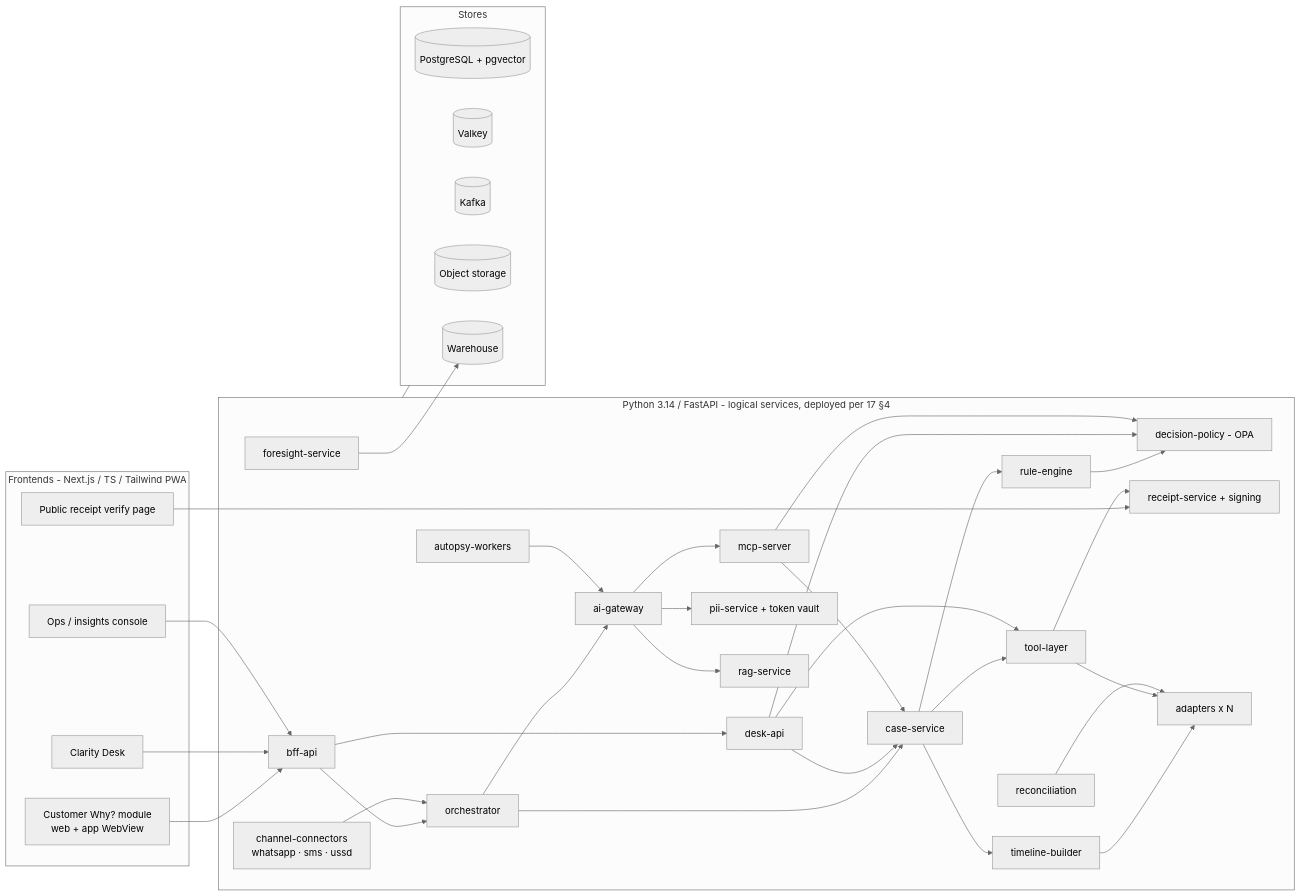
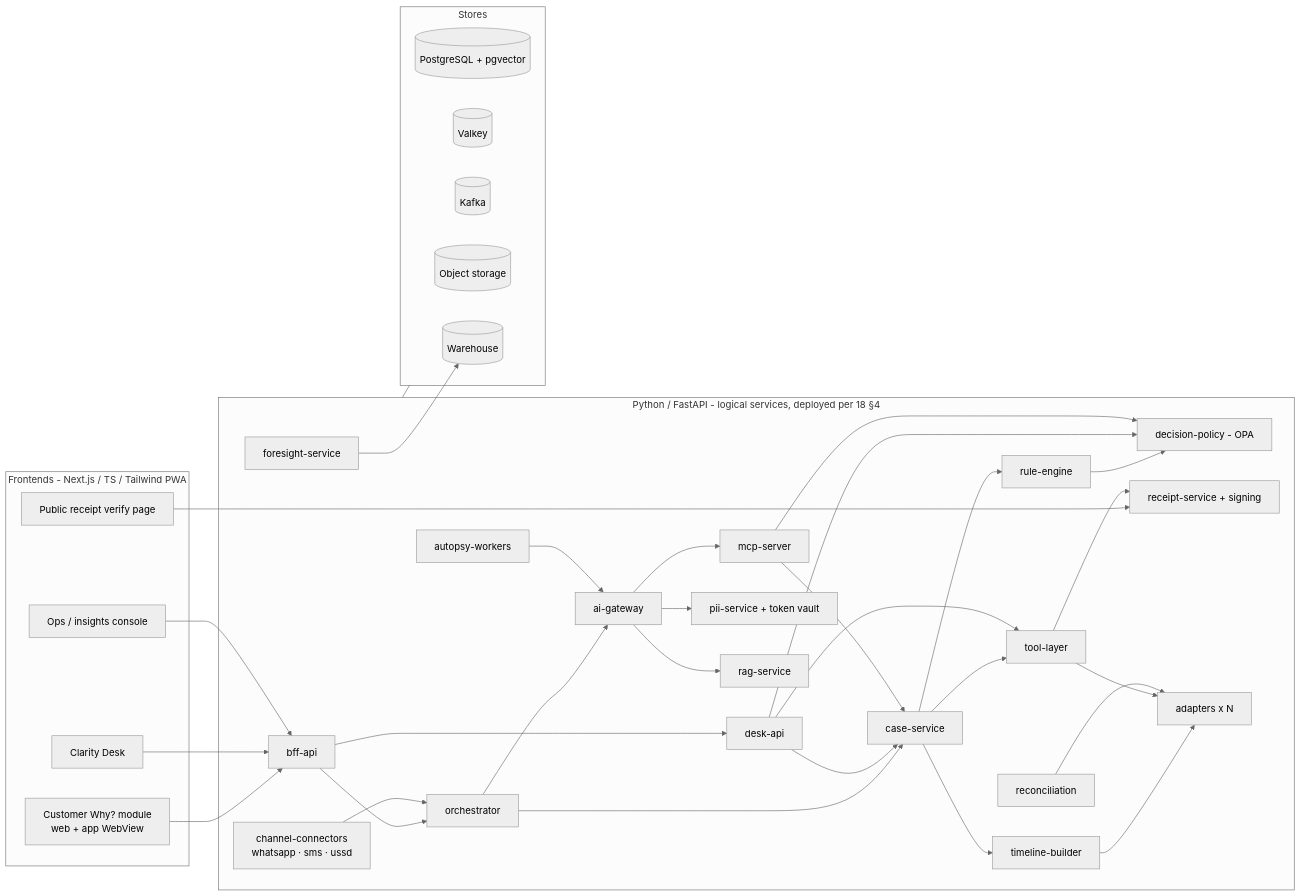
One commit to Pasidu-Mihiranga/HutchClarity changed diagram 16 of 18 in docs/enterprise-plan/05-architecture-diagrams.md. Above: the diagram before and after it, drawn with Mermaid (neutral theme). The commit also changed other lines of this file and 567 other files, not shown here.

````diff
--- a/docs/enterprise-plan/05-architecture-diagrams.md
+++ b/docs/enterprise-plan/05-architecture-diagrams.md
@@ -609,52 +609,52 @@
 ```mermaid
 flowchart LR
     subgraph FE["Frontends - Next.js / TS / Tailwind PWA"]
         F1["Customer Why? module<br/>web + app WebView"]
         F2["Clarity Desk"]
         F3["Ops / insights console"]
         F4["Public receipt verify page"]
     end
-    subgraph SVC["Python 3.14 / FastAPI - logical services, deployed per 17 §4"]
+    subgraph SVC["Python / FastAPI - logical services, deployed per 18 §4"]
         B1["bff-api"]
         B2["orchestrator"]
         B3["case-service"]
         B4["timeline-builder"]
         B5["rule-engine"]
         B6["decision-policy - OPA"]
         B7["tool-layer"]
         B8["receipt-service + signing"]
         B9["desk-api"]
         B10["mcp-server"]
         B11["ai-gateway"]
         B12["pii-service + token vault"]
         B13["rag-service"]
         B14["autopsy-workers"]
         B15["foresight-service"]
         B16["channel-connectors<br/>whatsapp · sms · ussd"]
         B17["adapters x N"]
         B18["reconciliation"]
     end
     subgraph ST["Stores"]
         D1[("PostgreSQL + pgvector")]
         D2[("Valkey")]
         D3[("Kafka")]
         D4[("Object storage")]
         D5[("Warehouse")]
     end
     F1 & F2 & F3 --> B1
     F4 --> B8
     B1 --> B2 & B9
     B16 --> B2
     B2 --> B3 & B11
     B3 --> B4 --> B17
     B3 --> B5 --> B6
     B3 --> B7 --> B17
     B7 --> B8
     B9 --> B6 & B7 & B3
     B11 --> B12 & B13 & B10
     B10 --> B3 & B6
     B14 --> B11
     B15 --> D5
     B18 --> B17
     SVC --- ST
 ```
````
